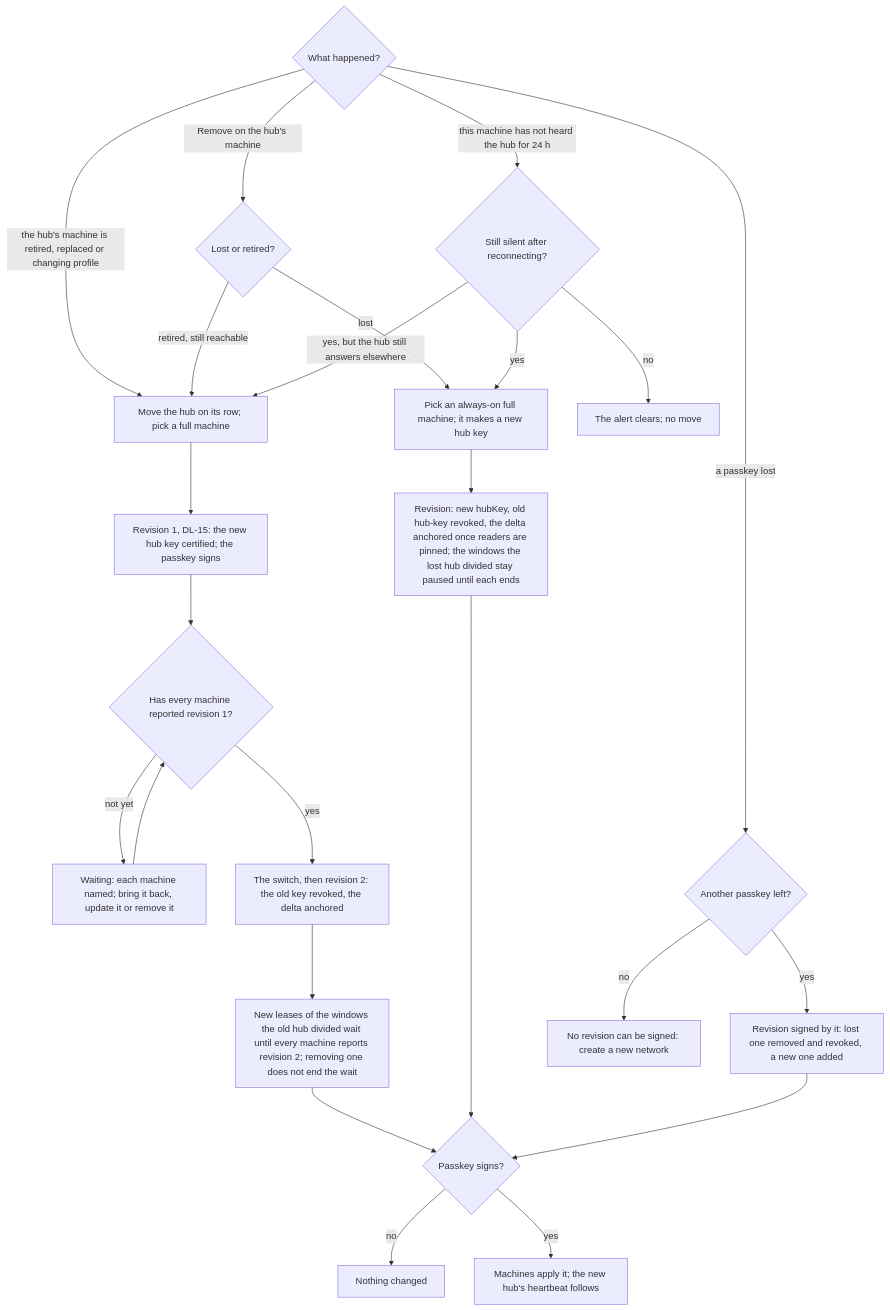
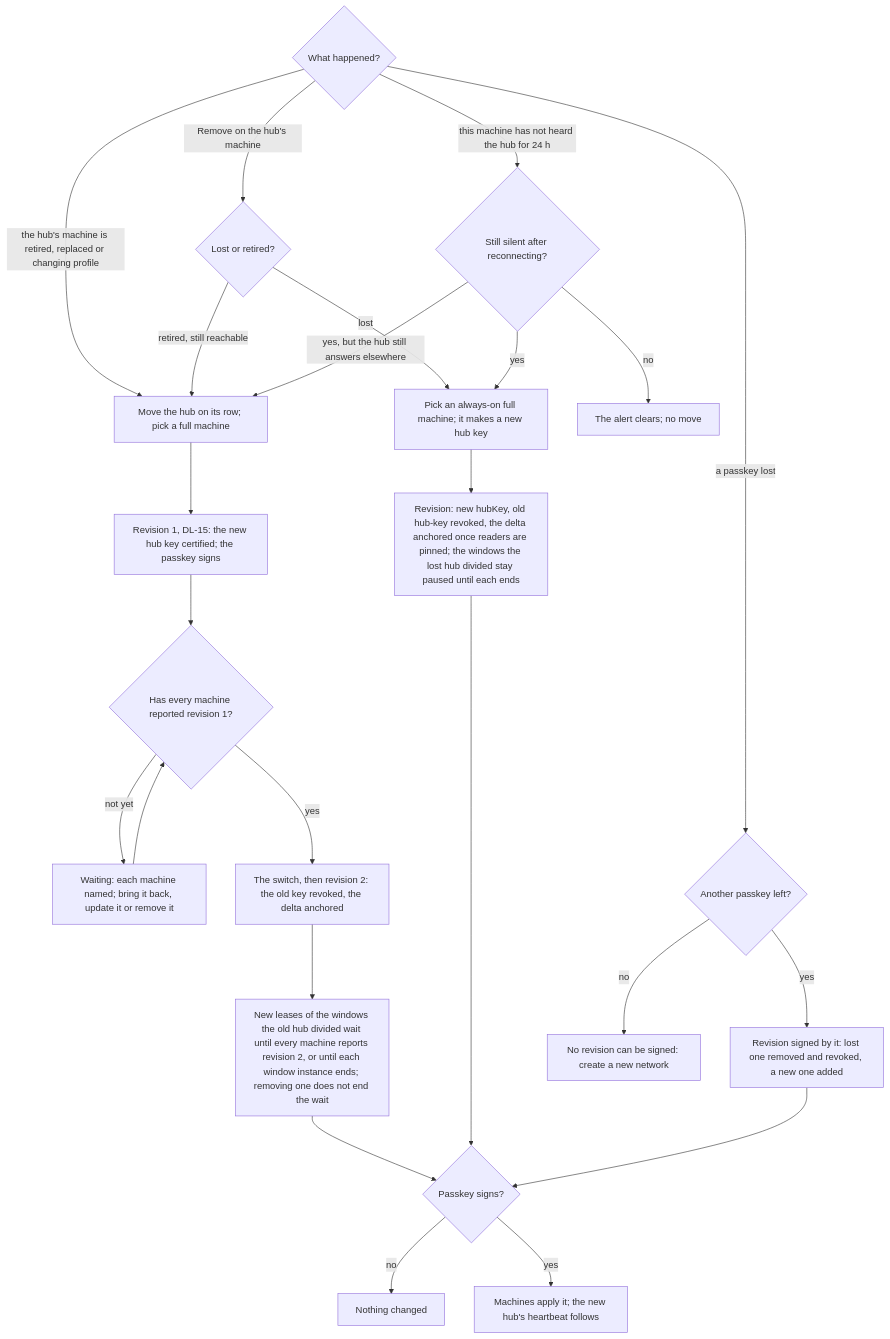
Diagram 27 of 34 in docs/ux/flows.md (passioncode-ai/fabric-agent-contract), drawn with Mermaid before and after one commit. The commit also changed 13 other files, not shown here.

First line of the commit message:
DEC-0146: round 7 folded in (strictTime left as it was, notAfter enforced in readMachineReport, the gate's trigger)

````diff
--- a/docs/ux/flows.md
+++ b/docs/ux/flows.md
@@ -662,26 +662,26 @@
 ```mermaid
 flowchart TD
   A{What happened?} -->|the hub's machine is retired, replaced or changing profile| L[Move the hub on its row; pick a full machine]
   A -->|Remove on the hub's machine| K{Lost or retired?}
   K -->|retired, still reachable| L
   K -->|lost| M
   L --> T1[Revision 1, DL-15: the new hub key certified; the passkey signs]
   T1 --> W{Has every machine reported revision 1?}
   W -->|not yet| V[Waiting: each machine named; bring it back, update it or remove it]
   V --> W
   W -->|yes| T[The switch, then revision 2: the old key revoked, the delta anchored]
-  T --> T2[New leases of the windows the old hub divided wait until every machine reports revision 2; removing one does not end the wait]
+  T --> T2[New leases of the windows the old hub divided wait until every machine reports revision 2, or until each window instance ends; removing one does not end the wait]
   T2 --> S
   A -->|this machine has not heard the hub for 24 h| C{Still silent after reconnecting?}
   C -->|no| Z[The alert clears; no move]
   C -->|yes, but the hub still answers elsewhere| L
   C -->|yes| M[Pick an always-on full machine; it makes a new hub key]
   M --> R[Revision: new hubKey, old hub-key revoked, the delta anchored once readers are pinned; the windows the lost hub divided stay paused until each ends]
   A -->|a passkey lost| P{Another passkey left?}
   P -->|yes| Q[Revision signed by it: lost one removed and revoked, a new one added]
   P -->|no| N[No revision can be signed: create a new network]
   R --> S{Passkey signs?}
   Q --> S
   S -->|no| X[Nothing changed]
   S -->|yes| D[Machines apply it; the new hub's heartbeat follows]
 ```
````
